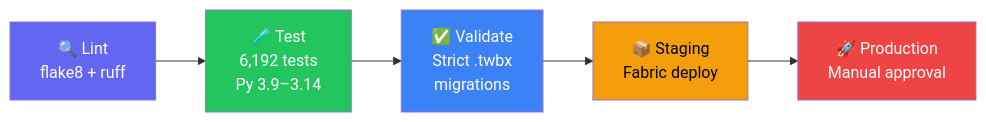
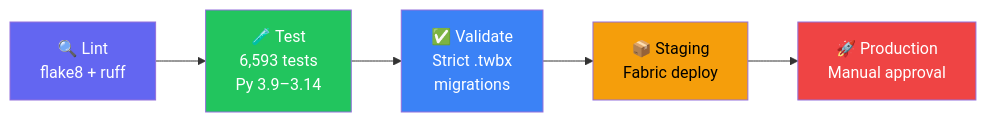
Before and after one commit to cyphou/Tableau-To-PowerBI: the fourth of 4 diagrams in README.md, drawn with Mermaid. The commit also changed other lines of this file and 16 other files, not shown here.

````diff
--- a/README.md
+++ b/README.md
@@ -688,13 +692,13 @@
 ```mermaid
 flowchart LR
-    L["🔍 Lint\nflake8 + ruff"] --> T["🧪 Test\n6,192 tests\nPy 3.9–3.14"]
+    L["🔍 Lint\nflake8 + ruff"] --> T["🧪 Test\n6,593 tests\nPy 3.9–3.14"]
     T --> V["✅ Validate\nStrict .twbx\nmigrations"]
     V --> S["📦 Staging\nFabric deploy"]
     S --> P["🚀 Production\nManual approval"]
     
     style L fill:#6366f1,color:#fff
     style T fill:#22c55e,color:#fff
     style V fill:#3b82f6,color:#fff
     style S fill:#f59e0b,color:#000
     style P fill:#ef4444,color:#fff
 ```
````
